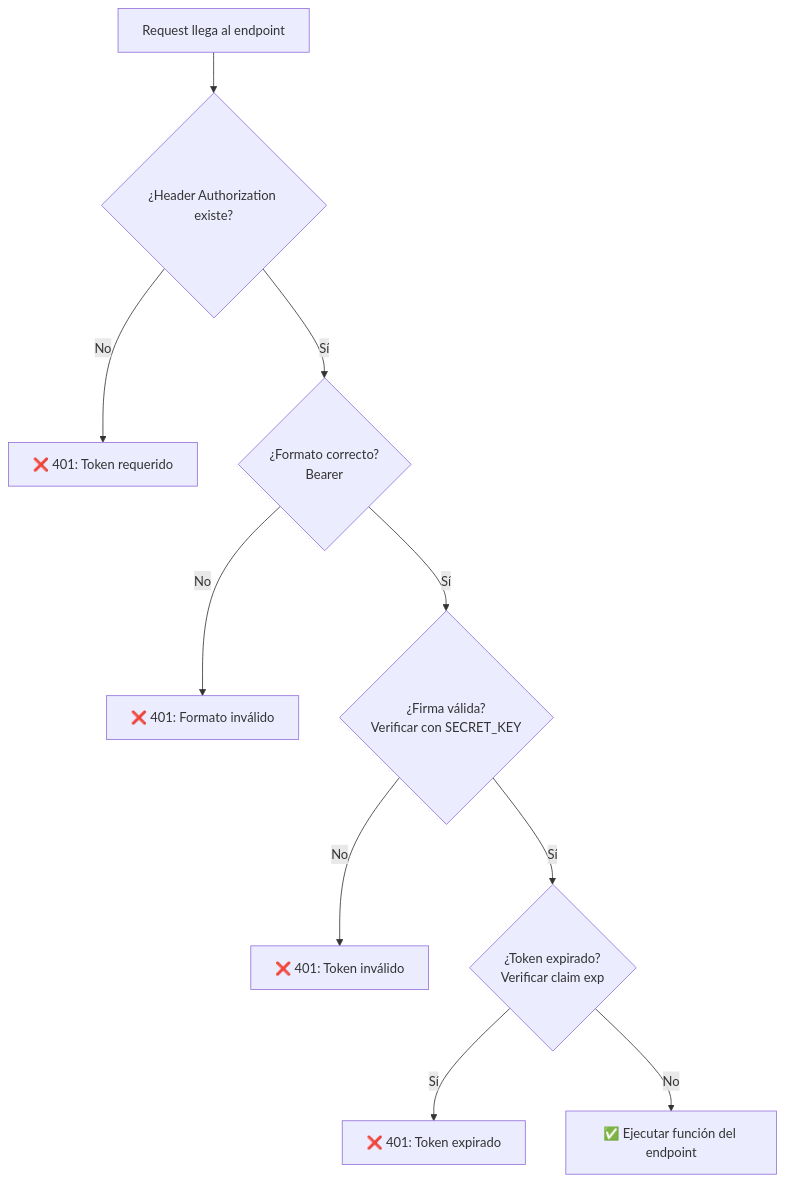
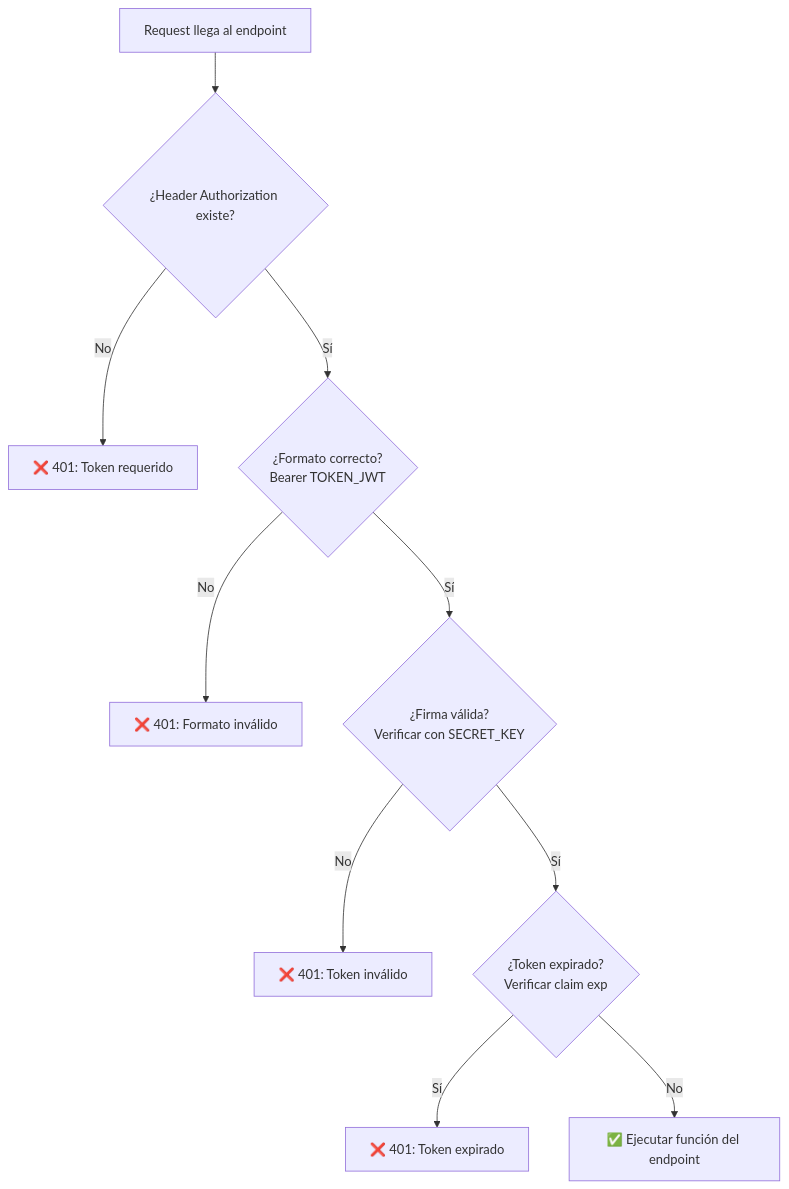
Before and after one commit to enaguero/4geeks_academy_spain_fs_pt_129: the ninth of 14 diagrams in day_28/step3-jwt-flask-backend/README.md, drawn with Mermaid. The commit also changed other lines of this file, not shown here.

Commit message:
Diagrama step 03, arreglado

````diff
--- a/day_28/step3-jwt-flask-backend/README.md
+++ b/day_28/step3-jwt-flask-backend/README.md
@@ -527,12 +524,12 @@
 ```mermaid
 flowchart TD
     A["Request llega al endpoint"] --> B{"¿Header Authorization existe?"}
     B -->|No| C["❌ 401: Token requerido"]
-    B -->|Sí| D{"¿Formato correcto?<br/>Bearer <token>"}
+    B -->|Sí| D{"¿Formato correcto?<br/>Bearer TOKEN_JWT"}
     D -->|No| E["❌ 401: Formato inválido"]
     D -->|Sí| F{"¿Firma válida?<br/>Verificar con SECRET_KEY"}
     F -->|No| G["❌ 401: Token inválido"]
     F -->|Sí| H{"¿Token expirado?<br/>Verificar claim exp"}
     H -->|Sí| I["❌ 401: Token expirado"]
     H -->|No| J["✅ Ejecutar función del endpoint"]
 ```
````
